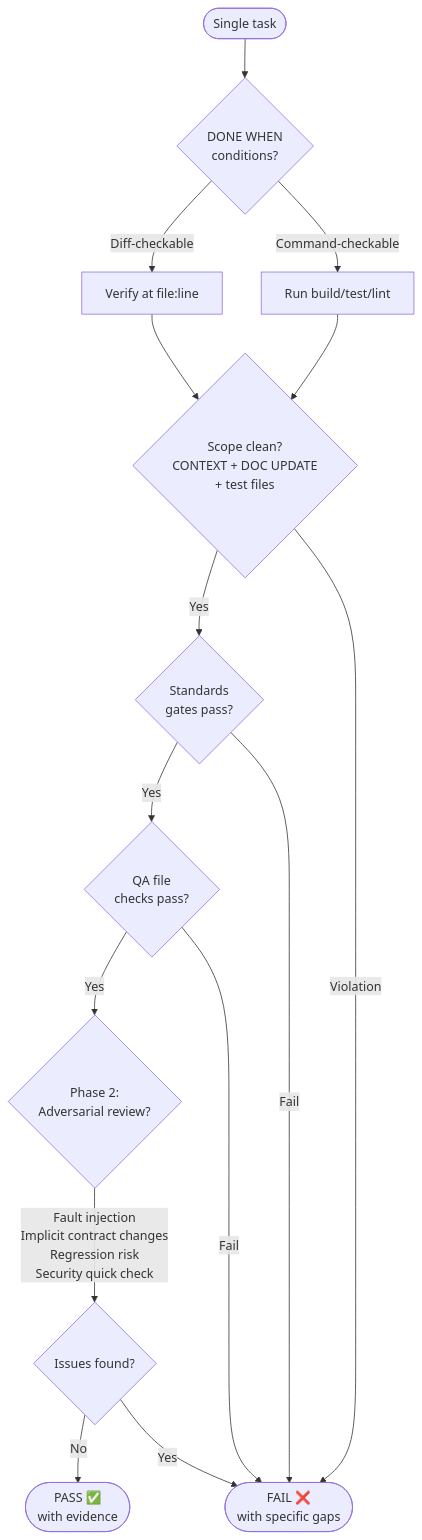
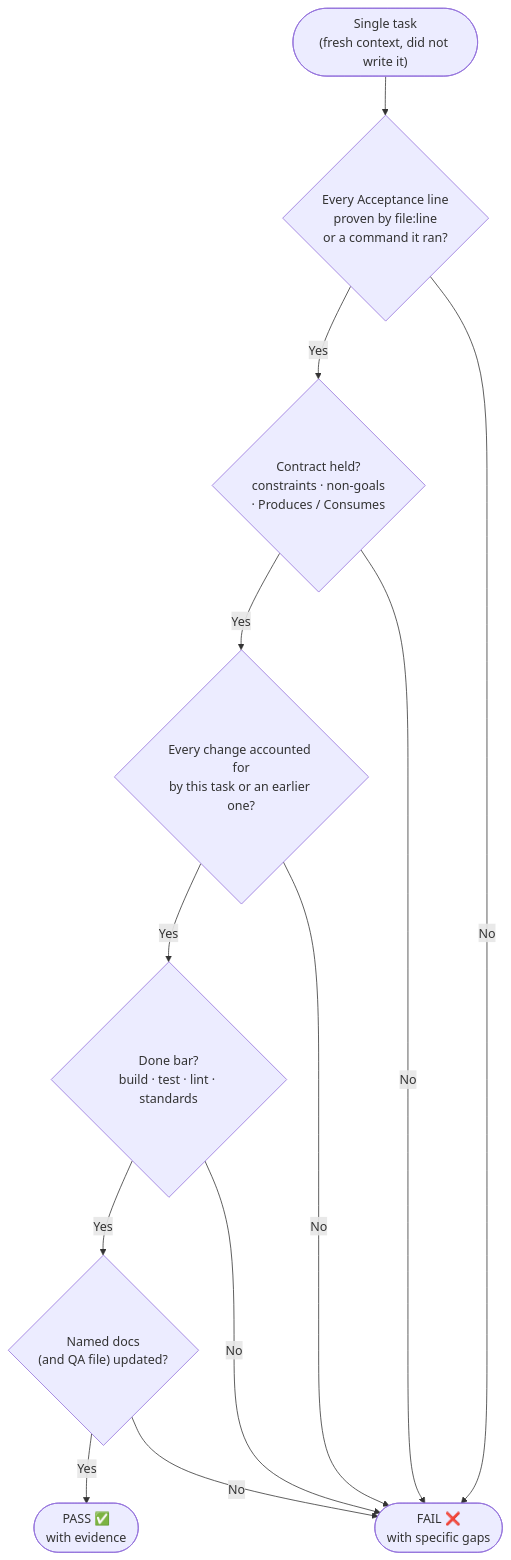
One commit to precise-alloy/ritus changed the third of 8 diagrams in docs/WORKFLOW_DIAGRAMS.md. Above: the diagram before and after it, drawn with Mermaid. The commit also changed other lines of this file and 106 other files, not shown here.

````diff
--- a/docs/WORKFLOW_DIAGRAMS.md
+++ b/docs/WORKFLOW_DIAGRAMS.md
@@ -101,23 +106,19 @@
 ```mermaid
 flowchart TD
-    Task(["Single task"]) --> DoneWhen{"DONE WHEN\nconditions?"}
+    Task(["Single task\n(fresh context, did not write it)"]) --> Acc{"Every Acceptance line\nproven by file:line\nor a command it ran?"}
 
-    DoneWhen -->|"Diff-checkable"| DiffCheck["Verify at file:line"]
-    DoneWhen -->|"Command-checkable"| CmdCheck["Run build/test/lint"]
+    Acc -->|"Yes"| Contract{"Contract held?\nconstraints · non-goals\n· Produces / Consumes"}
+    Acc -->|"No"| Fail(["FAIL ❌\nwith specific gaps"])
 
-    DiffCheck --> Scope{"Scope clean?\nCONTEXT + DOC UPDATE\n+ test files"}
-    CmdCheck --> Scope
+    Contract -->|"Yes"| Scope{"Every change accounted for\nby this task or an earlier one?"}
+    Contract -->|"No"| Fail
 
-    Scope -->|"Yes"| Standards{"Standards\ngates pass?"}
-    Scope -->|"Violation"| Fail
+    Scope -->|"Yes"| Bar{"Done bar?\nbuild · test · lint · standards"}
+    Scope -->|"No"| Fail
 
-    Standards -->|"Yes"| QA{"QA file\nchecks pass?"}
-    Standards -->|"Fail"| Fail(["FAIL ❌\nwith specific gaps"])
+    Bar -->|"Yes"| Docs{"Named docs\n(and QA file) updated?"}
+    Bar -->|"No"| Fail
 
-    QA -->|"Yes"| P2{"Phase 2:\nAdversarial review?"}
-    QA -->|"Fail"| Fail
-
-    P2 -->|"Fault injection\nImplicit contract changes\nRegression risk\nSecurity quick check"| P2Result{"Issues found?"}
-    P2Result -->|"No"| Pass(["PASS ✅\nwith evidence"])
-    P2Result -->|"Yes"| Fail
+    Docs -->|"Yes"| Pass(["PASS ✅\nwith evidence"])
+    Docs -->|"No"| Fail
 ```
````
